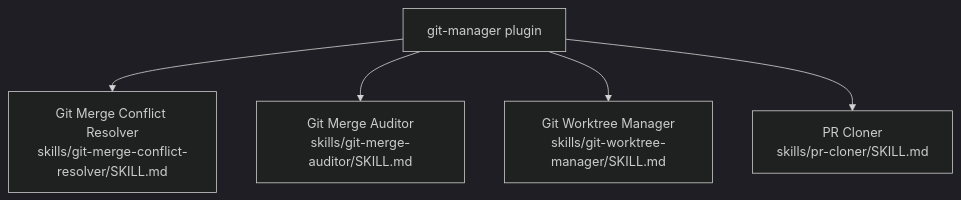
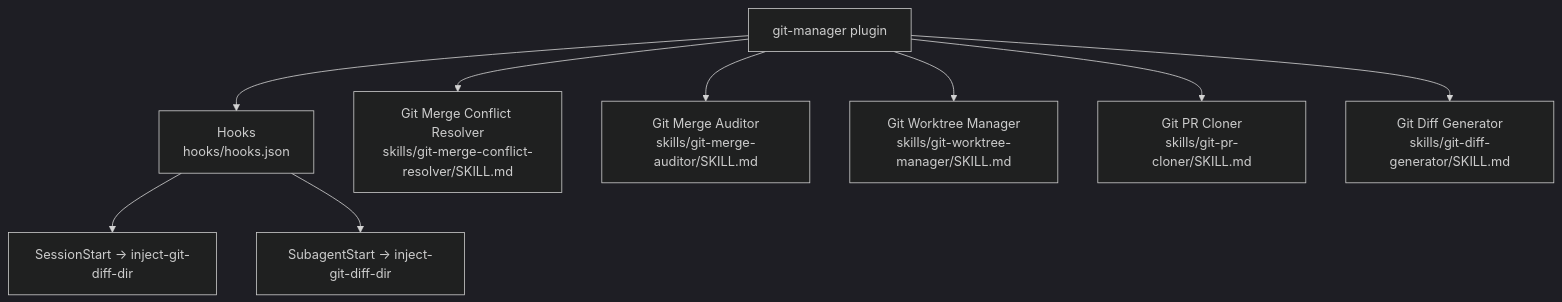
The diagram in plugins/git-manager/README.md (dimpletz/prompts-collection), drawn with Mermaid (dark theme) before and after one commit. The commit also changed other lines of this file and 18 other files, not shown here.

````diff
--- a/plugins/git-manager/README.md
+++ b/plugins/git-manager/README.md
@@ -27,8 +41,12 @@
 ```mermaid
 graph TD
     A[git-manager plugin]
+    A --> H[Hooks<br/>hooks/hooks.json]
+    H --> S1[SessionStart → inject-git-diff-dir]
+    H --> S2[SubagentStart → inject-git-diff-dir]
     A --> B[Git Merge Conflict Resolver<br/>skills/git-merge-conflict-resolver/SKILL.md]
     A --> C[Git Merge Auditor<br/>skills/git-merge-auditor/SKILL.md]
     A --> D[Git Worktree Manager<br/>skills/git-worktree-manager/SKILL.md]
-    A --> E[PR Cloner<br/>skills/pr-cloner/SKILL.md]
+    A --> E[Git PR Cloner<br/>skills/git-pr-cloner/SKILL.md]
+    A --> F[Git Diff Generator<br/>skills/git-diff-generator/SKILL.md]
 ```
````
